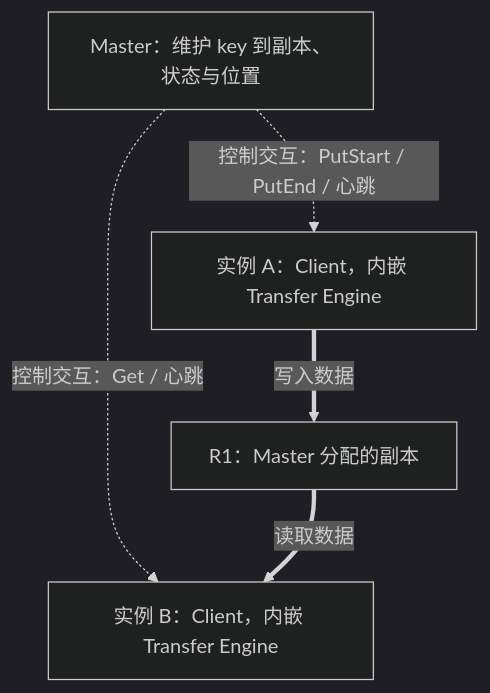
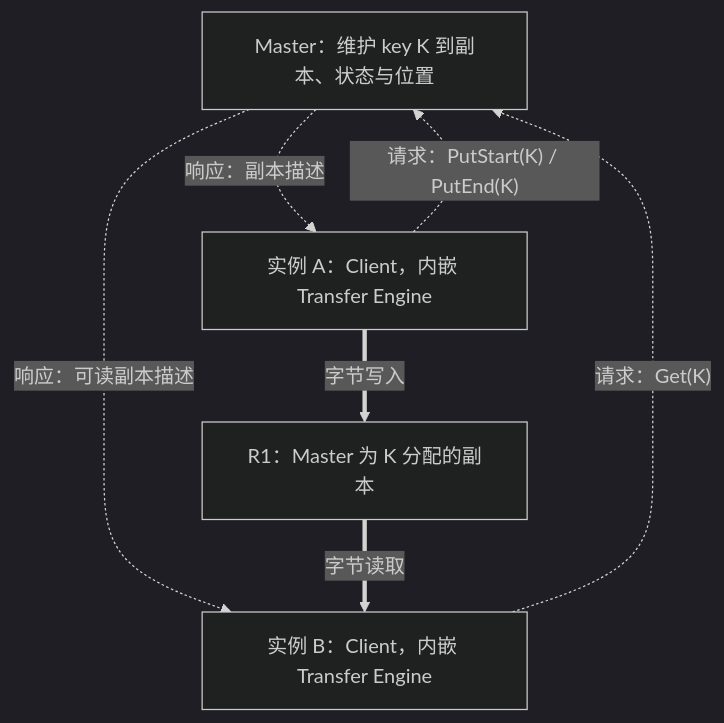
Before and after one commit to Hansyangxingxiang/Mooncake: the first of 2 diagrams in mooncake-kv-cache-series/wechat/01-shared-kv-cache.md, drawn with Mermaid (dark theme). The commit also changed other lines of this file and 42 other files, not shown here.

````diff
--- a/mooncake-kv-cache-series/wechat/01-shared-kv-cache.md
+++ b/mooncake-kv-cache-series/wechat/01-shared-kv-cache.md
@@ -41,11 +43,13 @@
 ```mermaid
 flowchart TB
-    M["Master：维护 key 到副本、状态与位置"]
+    M["Master：维护 key K 到副本、状态与位置"]
     A["实例 A：Client，内嵌 Transfer Engine"]
     B["实例 B：Client，内嵌 Transfer Engine"]
-    R1["R1：Master 分配的副本"]
-    M -.->|"控制交互：PutStart / PutEnd / 心跳"| A
-    M -.->|"控制交互：Get / 心跳"| B
-    A ==>|"写入数据"| R1
-    R1 ==>|"读取数据"| B
+    R1["R1：Master 为 K 分配的副本"]
+    A -.->|"请求：PutStart(K) / PutEnd(K)"| M
+    M -.->|"响应：副本描述"| A
+    B -.->|"请求：Get(K)"| M
+    M -.->|"响应：可读副本描述"| B
+    A ==>|"字节写入"| R1
+    R1 ==>|"字节读取"| B
 ```
````
